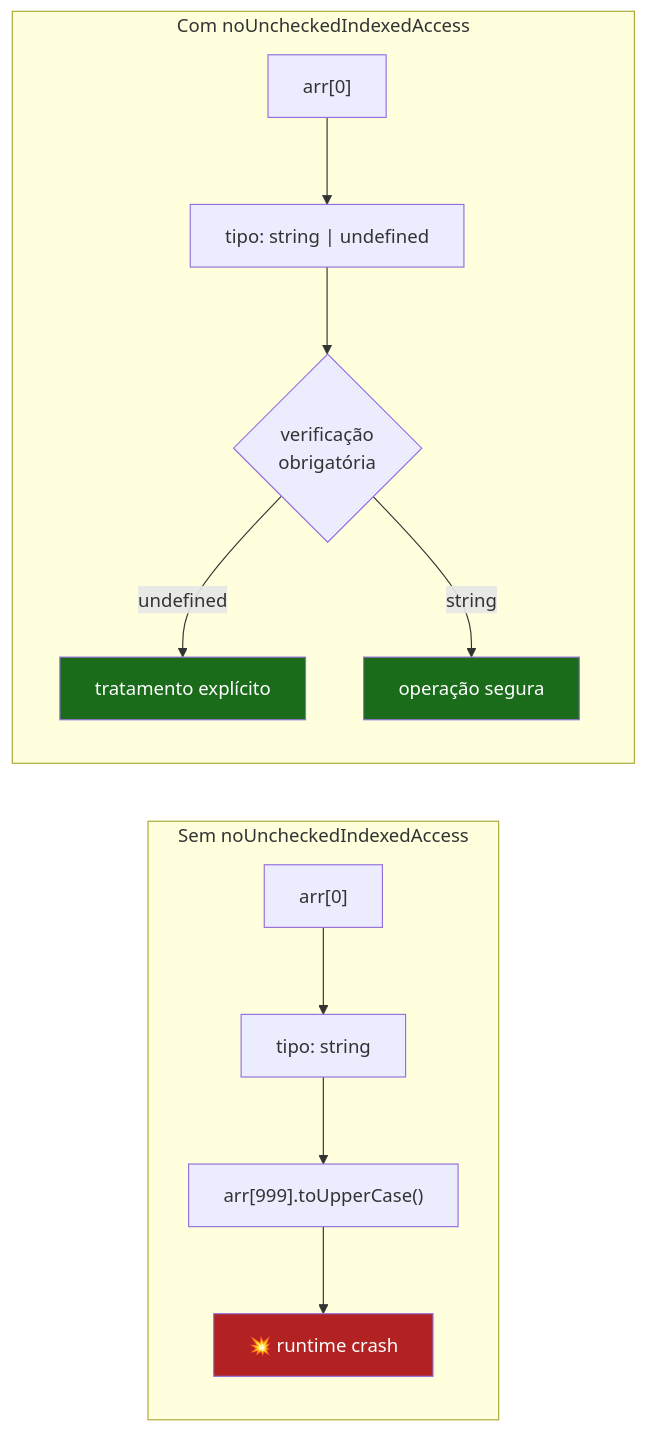
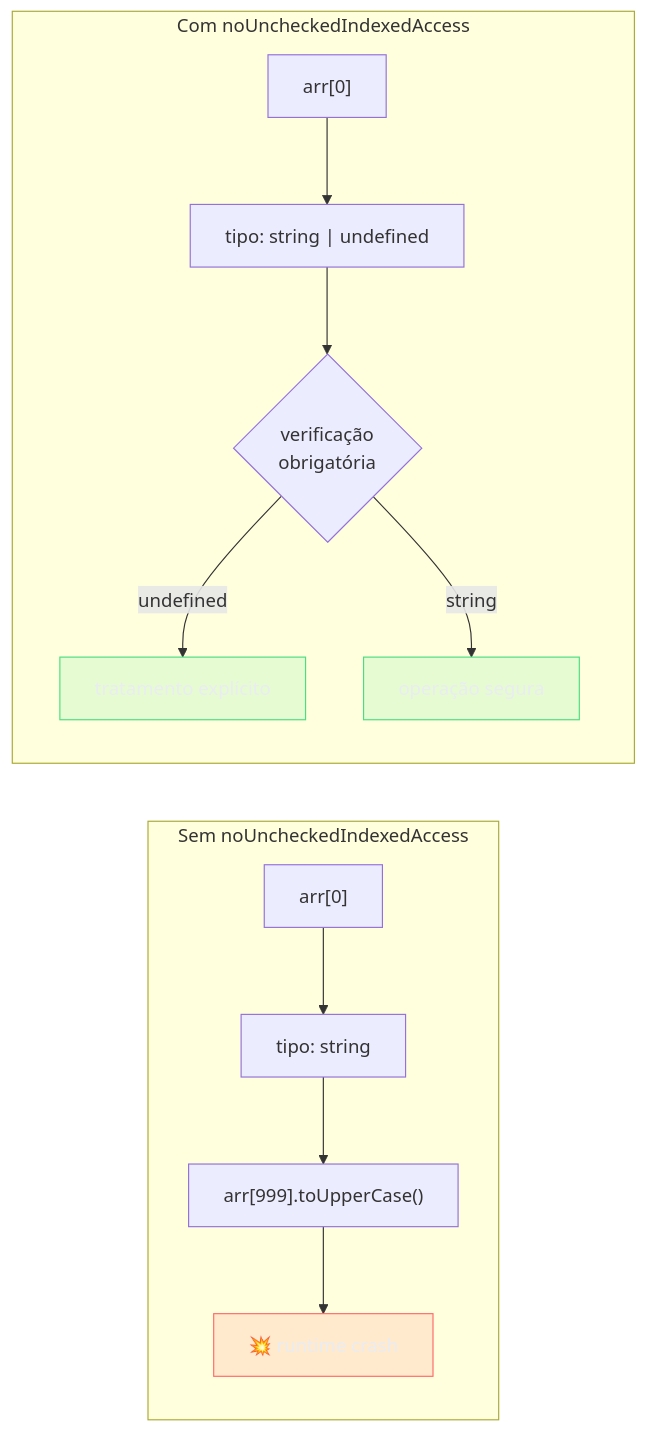
One commit to josenaldo/codex-technomanticus changed the fourth of 5 diagrams in 03-Dominios/Tecnologia/TypeScript/05 - strictNullChecks - null, undefined e optional.md. Above: the diagram before and after it, drawn with Mermaid. The commit also changed other lines of this file and 1181 other files, not shown here.

First line of the commit message:
fix(diagramas): paleta do sistema no lugar de cor cravada no markdown

````diff
--- a/03-Dominios/Tecnologia/TypeScript/05 - strictNullChecks - null, undefined e optional.md
+++ b/03-Dominios/Tecnologia/TypeScript/05 - strictNullChecks - null, undefined e optional.md
@@ -339,19 +345,21 @@
 ```mermaid
 flowchart LR
+    classDef falha fill:#FF6B6B24,stroke:#FF6B6B,color:#E9ECF2
+    classDef ok fill:#4ADE8021,stroke:#4ADE80,color:#E9ECF2
     subgraph SEM["Sem noUncheckedIndexedAccess"]
         A1["arr[0]"] --> B1["tipo: string"]
         B1 --> C1["arr[999].toUpperCase()"]
         C1 --> D1["💥 runtime crash"]
     end
 
     subgraph COM["Com noUncheckedIndexedAccess"]
         A2["arr[0]"] --> B2["tipo: string | undefined"]
         B2 --> C2{"verificação\nobrigatória"}
         C2 -->|"undefined"| D2["tratamento explícito"]
         C2 -->|"string"| E2["operação segura"]
     end
 
-    style D1 fill:#b22222,color:#fff
-    style D2 fill:#1a6b1a,color:#fff
-    style E2 fill:#1a6b1a,color:#fff
+    class D1 falha
+    class D2 ok
+    class E2 ok
 ```
````
